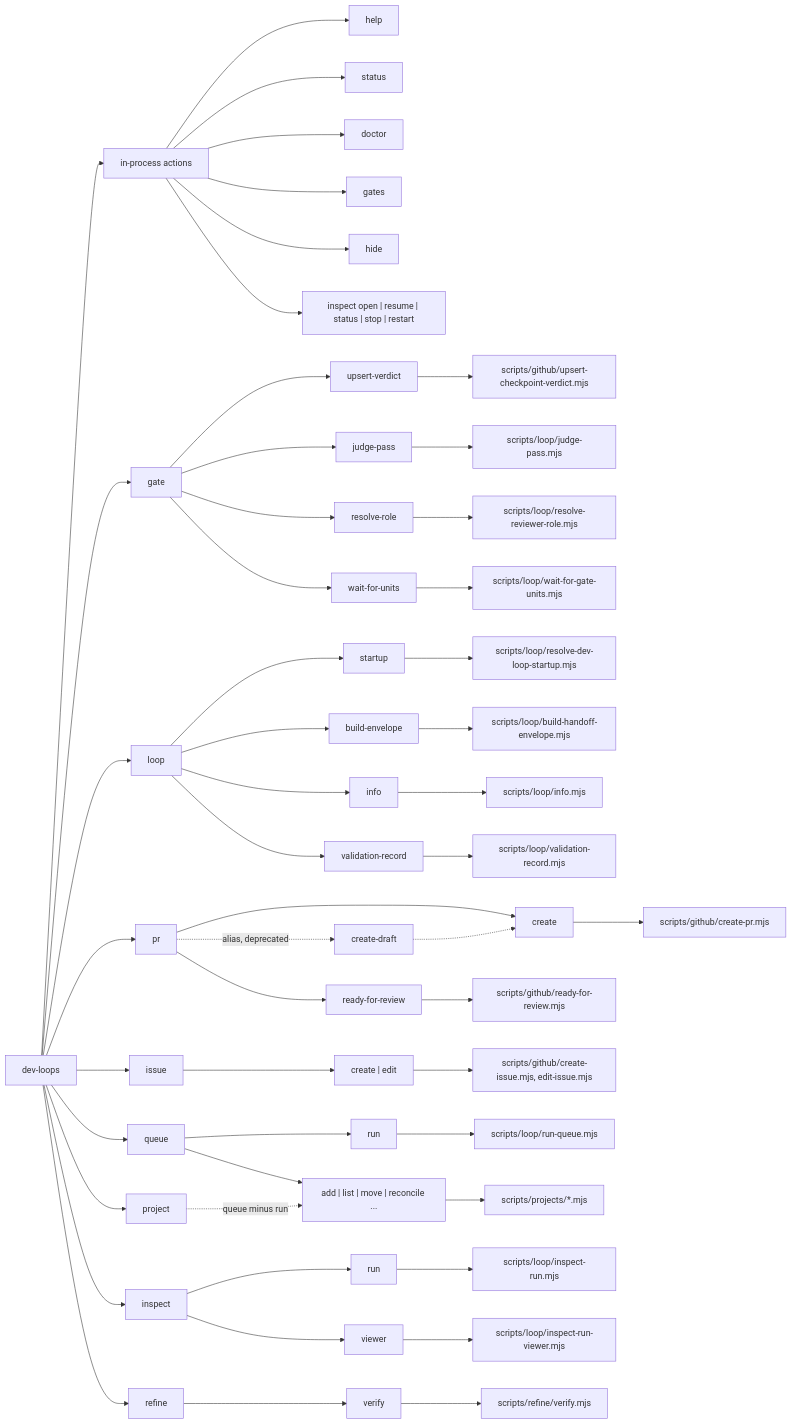
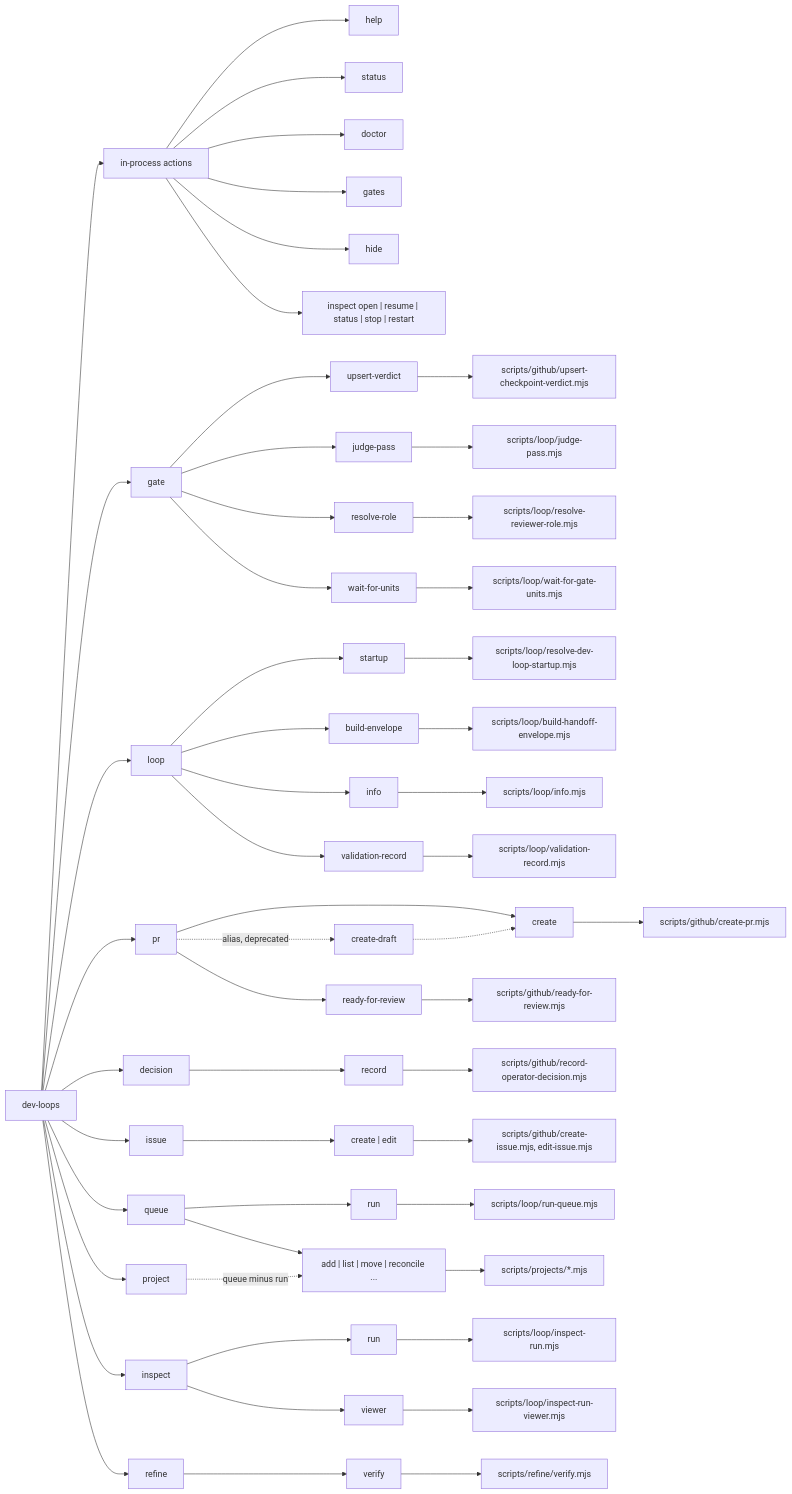
The first of 13 diagrams in docs/atlas/08-cli-and-skills.md (mfittko/dev-loops), drawn with Mermaid before and after one commit. The commit also changed other lines of this file, not shown here.

````diff
--- a/docs/atlas/08-cli-and-skills.md
+++ b/docs/atlas/08-cli-and-skills.md
@@ -20,33 +20,35 @@
 ```mermaid
 flowchart LR
   root["dev-loops"]
   root --> top["in-process actions"]
   top --> help & status & doctor & gates & hide
   top --> insp_l["inspect open | resume | status | stop | restart"]
   root --> gate
   root --> loop
   root --> pr
+  root --> decision
   root --> issue
   root --> queue
   root --> project
   root --> inspect
   root --> refine
   gate --> g1["upsert-verdict"] --> s1["scripts/github/upsert-checkpoint-verdict.mjs"]
   gate --> g2["judge-pass"] --> s2["scripts/loop/judge-pass.mjs"]
   gate --> g3["resolve-role"] --> s3["scripts/loop/resolve-reviewer-role.mjs"]
   gate --> g4["wait-for-units"] --> s4["scripts/loop/wait-for-gate-units.mjs"]
   loop --> l1["startup"] --> s5["scripts/loop/resolve-dev-loop-startup.mjs"]
   loop --> l2["build-envelope"] --> s6["scripts/loop/build-handoff-envelope.mjs"]
   loop --> l3["info"] --> s7["scripts/loop/info.mjs"]
   loop --> l4["validation-record"] --> s8["scripts/loop/validation-record.mjs"]
   pr --> p1["create"] --> s9["scripts/github/create-pr.mjs"]
   pr --> p2["ready-for-review"] --> s10["scripts/github/ready-for-review.mjs"]
   pr -.->|"alias, deprecated"| p3["create-draft"] -.-> p1
+  decision --> d1["record"] --> s17["scripts/github/record-operator-decision.mjs"]
   issue --> i1["create | edit"] --> s11["scripts/github/create-issue.mjs, edit-issue.mjs"]
   queue --> q1["run"] --> s12["scripts/loop/run-queue.mjs"]
   queue --> q2["add | list | move | reconcile ..."] --> s13["scripts/projects/*.mjs"]
   project -.->|"queue minus run"| q2
   inspect --> v1["run"] --> s14["scripts/loop/inspect-run.mjs"]
   inspect --> v2["viewer"] --> s15["scripts/loop/inspect-run-viewer.mjs"]
   refine --> r1["verify"] --> s16["scripts/refine/verify.mjs"]
 ```
````
